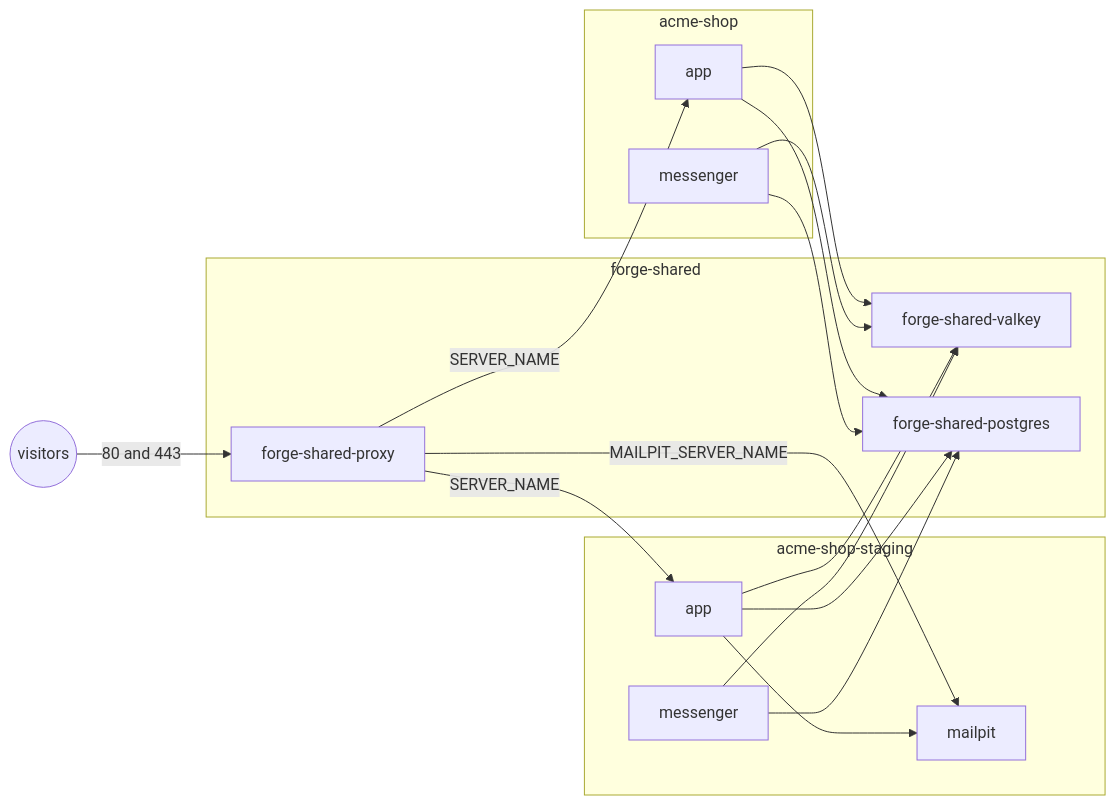
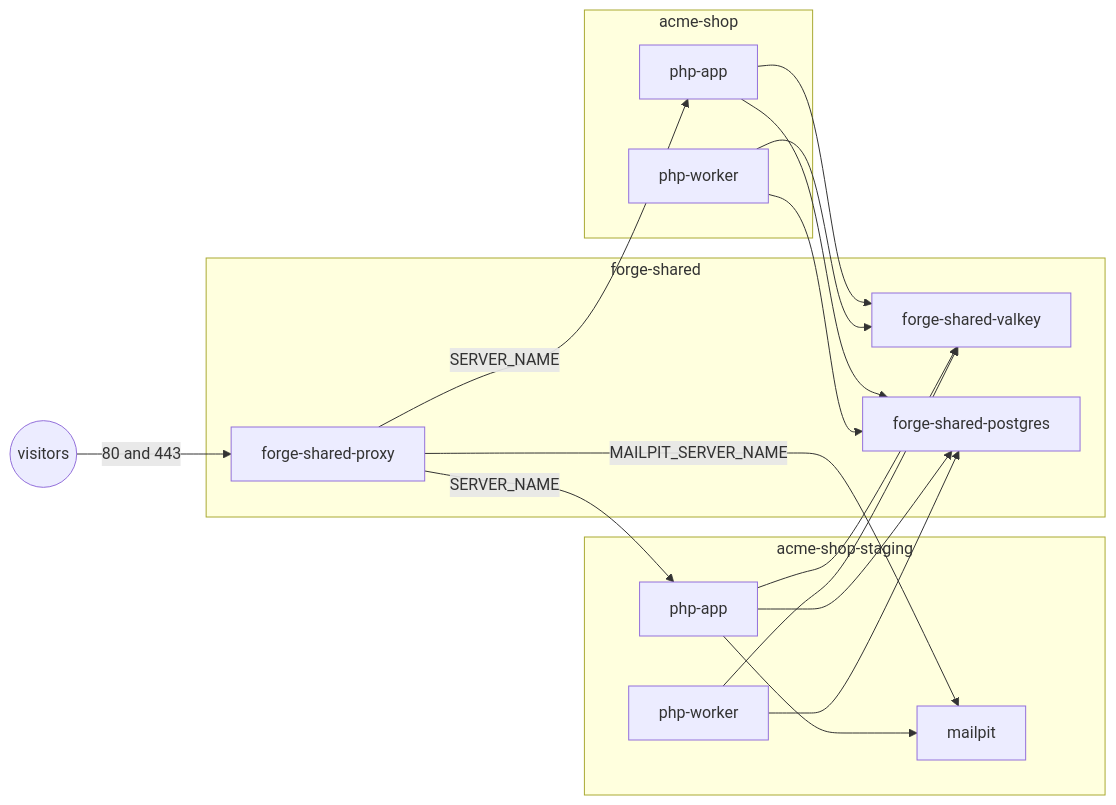
Before and after one commit to brnshkr/forge: the diagram in docs/deploy/shared.md, drawn with Mermaid. The commit also changed other lines of this file and 127 other files, not shown here.

````diff
--- a/docs/deploy/shared.md
+++ b/docs/deploy/shared.md
@@ -8,34 +11,34 @@
 ```mermaid
 graph LR
   visitors((visitors)) -->|80 and 443| proxy
 
   subgraph shared [forge-shared]
     proxy[forge-shared-proxy]
     valkey[forge-shared-valkey]
     postgres[forge-shared-postgres]
   end
 
   subgraph production [acme-shop]
-    app[app]
-    messenger[messenger]
+    app[php-app]
+    worker[php-worker]
   end
 
   subgraph staging [acme-shop-staging]
-    stagingApp[app]
-    stagingMessenger[messenger]
+    stagingApp[php-app]
+    stagingWorker[php-worker]
     mailpit[mailpit]
   end
 
   proxy -->|SERVER_NAME| app
   proxy -->|SERVER_NAME| stagingApp
   proxy -->|MAILPIT_SERVER_NAME| mailpit
   app --> valkey
   app --> postgres
-  messenger --> valkey
-  messenger --> postgres
+  worker --> valkey
+  worker --> postgres
   stagingApp --> valkey
   stagingApp --> postgres
   stagingApp --> mailpit
-  stagingMessenger --> valkey
-  stagingMessenger --> postgres
+  stagingWorker --> valkey
+  stagingWorker --> postgres
 ```
````
